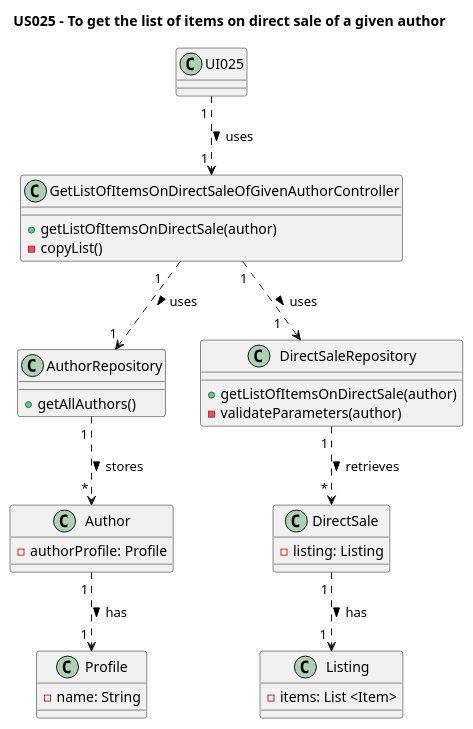
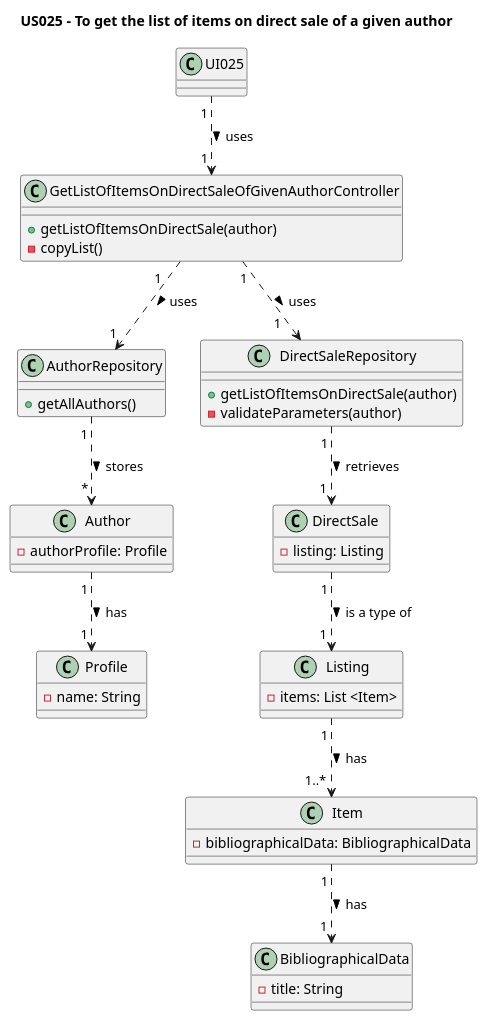
Before and after one commit to AndrePereiraGitH/SWitCH-Project-Team_A: the diagram in Diagrams/ClassDiagrams/US025-to-get-the-list-of-items-on-direct-sale-of-a-given-author.puml, drawn with PlantUML. The commit also changed 3 other files, not shown here.

```diff
--- a/Diagrams/ClassDiagrams/US025-to-get-the-list-of-items-on-direct-sale-of-a-given-author.puml
+++ b/Diagrams/ClassDiagrams/US025-to-get-the-list-of-items-on-direct-sale-of-a-given-author.puml
@@ -1,48 +1,59 @@
 @startuml
 title US025 - To get the list of items on direct sale of a given author
 
 class UI025{
 
 }
 
 class GetListOfItemsOnDirectSaleOfGivenAuthorController {
   +getListOfItemsOnDirectSale(author)
   -copyList()
 }
 
 class AuthorRepository{
     +getAllAuthors()
 }
 
 class Author {
   -authorProfile: Profile
 }
 
 class Profile {
   -name: String
 }
 
 class DirectSaleRepository {
   +getListOfItemsOnDirectSale(author)
   -validateParameters(author)
 }
 
 class DirectSale {
   - listing: Listing
 }
 
 class Listing {
   - items: List <Item>
 }
 
+class Item {
+    - bibliographicalData: BibliographicalData
+}
+
+class BibliographicalData {
+    - title: String
+    }
+
 ' Interactions
 
 UI025 "1 " ..> "1 " GetListOfItemsOnDirectSaleOfGivenAuthorController : uses >
 GetListOfItemsOnDirectSaleOfGivenAuthorController  " 1" ..> "1    " DirectSaleRepository : uses >
 GetListOfItemsOnDirectSaleOfGivenAuthorController "1    " ..> "1 " AuthorRepository: uses >
-DirectSaleRepository "1 " ..> " * " DirectSale : retrieves >
-DirectSale "1 " ..> " 1 " Listing : has >
+DirectSaleRepository "1 " ..> " 1 " DirectSale : retrieves >
+DirectSale "1 " ..> " 1 " Listing : is a type of >
 AuthorRepository "1 " ..> "          *" Author : stores >
 Author "1 " ..> "1 " Profile : has >
+Listing "1 " ..> "          1..*" Item: has >
+Item "1 " ..> "          1" BibliographicalData: has >
+
 
 @enduml
```
